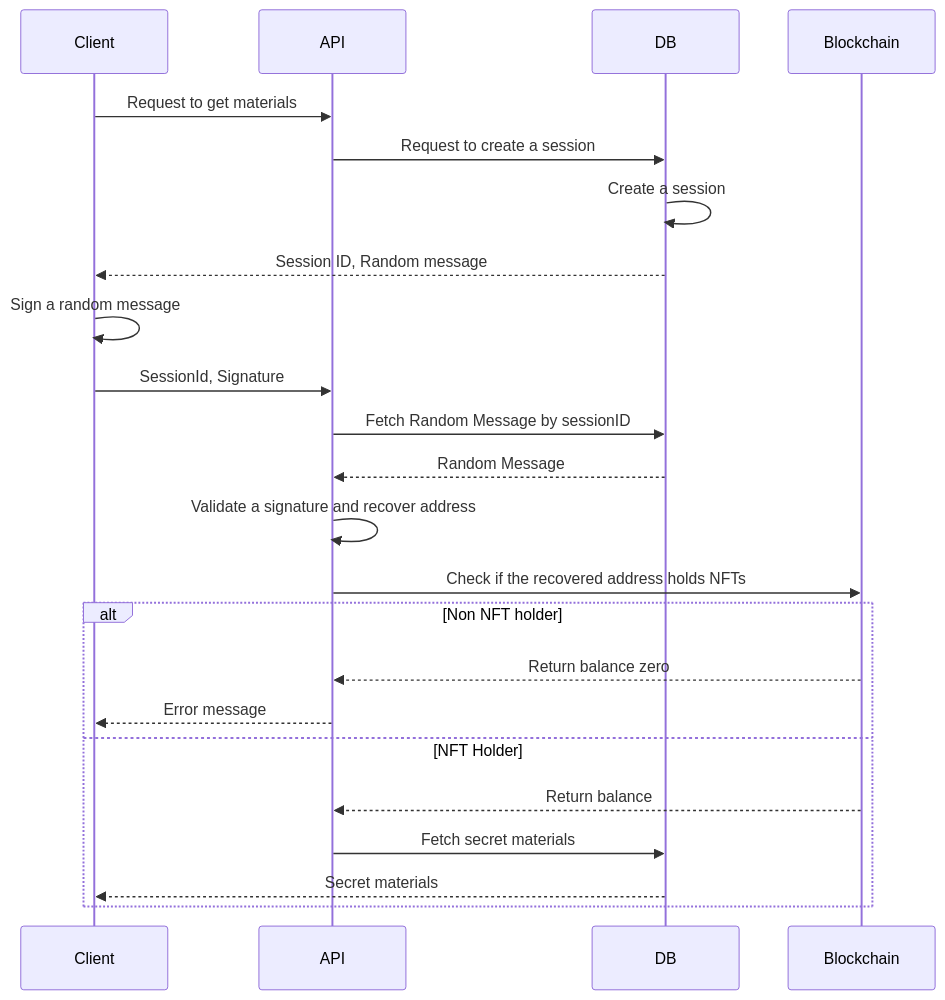
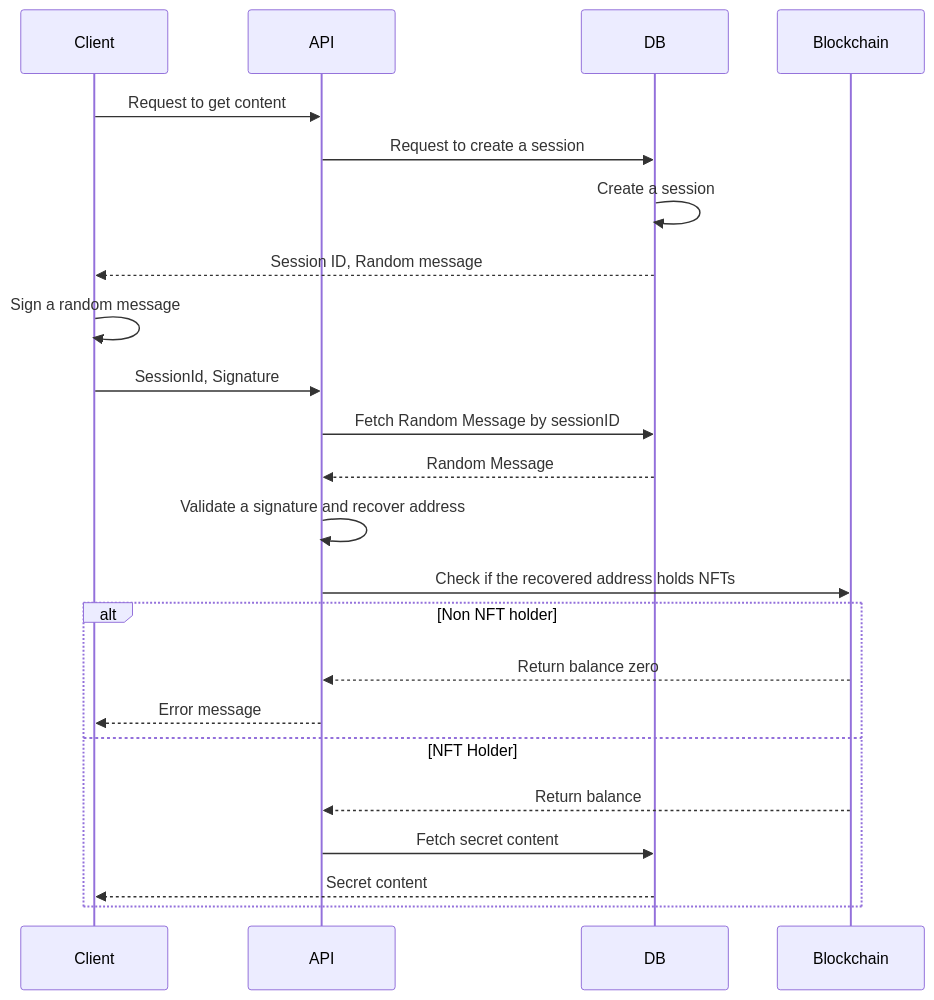
The diagram in x.x.nft/README.md (0xywzx/SmartContractBook), drawn with Mermaid before and after one commit. The commit also changed 6 other files, not shown here.

````diff
--- a/x.x.nft/README.md
+++ b/x.x.nft/README.md
@@ -4,26 +4,26 @@
 ```mermaid
 sequenceDiagram
     participant Client
     participant API
     participant DB
     participant Blockchain
-    Client ->> API: Request to get materials
+    Client ->> API: Request to get content
     API ->> DB: Request to create a session
     DB ->> DB: Create a session
     DB -->> Client: Session ID, Random message
     Client ->> Client: Sign a random message
     Client ->> API: SessionId, Signature
     API ->> DB: Fetch Random Message by sessionID
     DB -->> API: Random Message
     API ->> API: Validate a signature and recover address
     API ->> Blockchain: Check if the recovered address holds NFTs
     alt Non NFT holder
       Blockchain -->> API: Return balance zero
       API -->> Client: Error message
     else NFT Holder
       Blockchain -->> API: Return balance
-      API ->> DB: Fetch secret materials
-      DB -->> Client: Secret materials
+      API ->> DB: Fetch secret content
+      DB -->> Client: Secret content
     end
 
 ```
````
